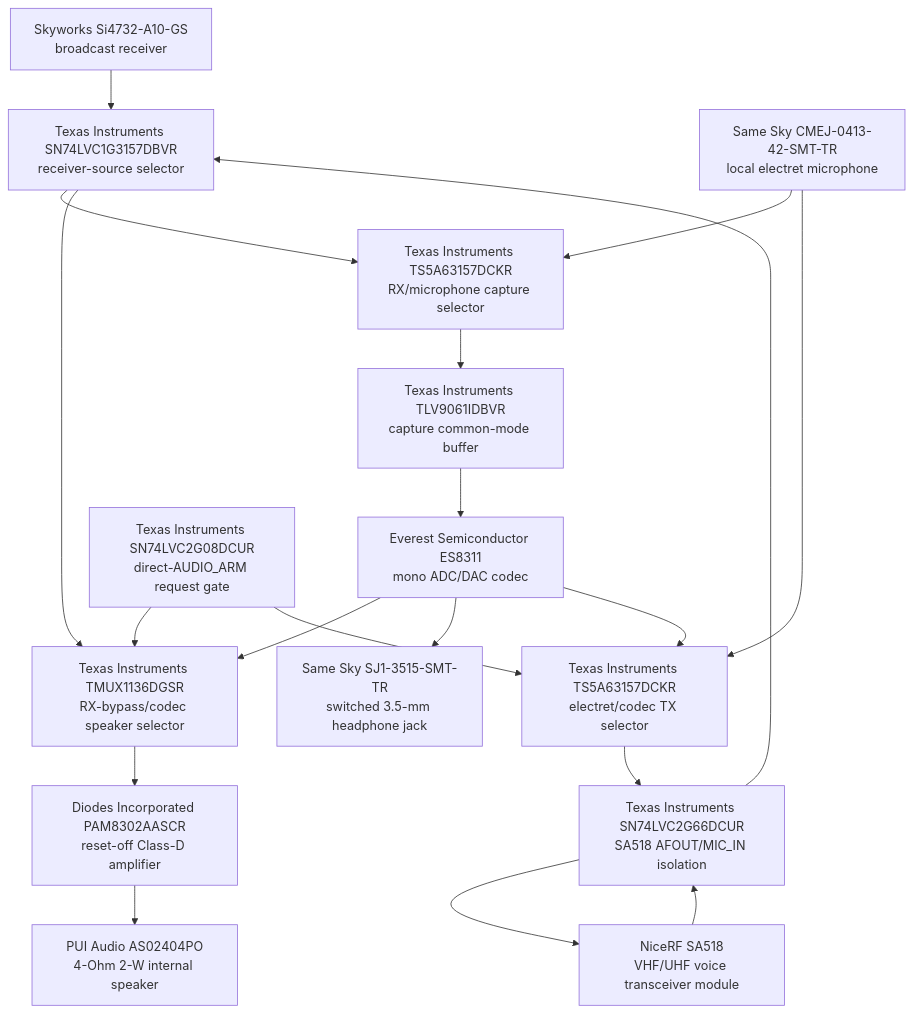
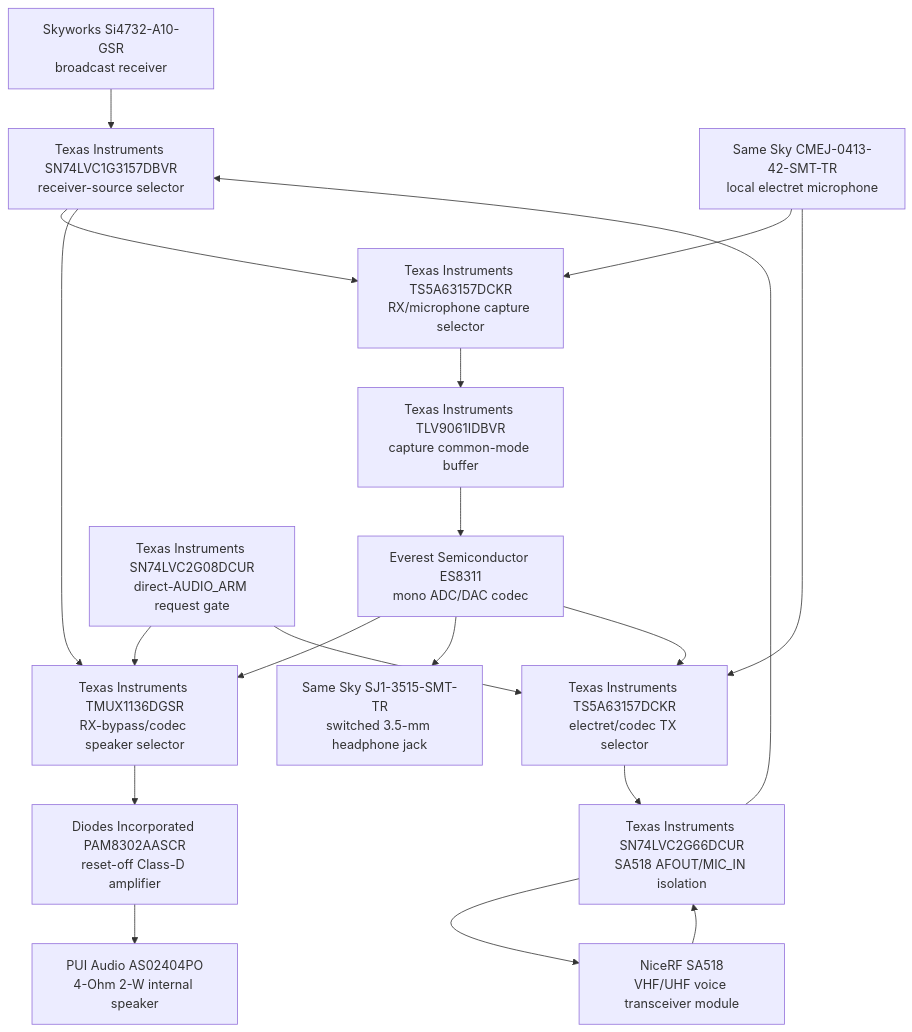
One commit to anton-vinogradov/esp32-leshy2 changed the diagram in docs/review/architecture/AUDIO-0003-exact-audio-and-receiver-endpoint.md. Above: the diagram before and after it, drawn with Mermaid. The commit also changed 36 other files, not shown here.

````diff
--- a/docs/review/architecture/AUDIO-0003-exact-audio-and-receiver-endpoint.md
+++ b/docs/review/architecture/AUDIO-0003-exact-audio-and-receiver-endpoint.md
@@ -19,29 +19,29 @@
 ```mermaid
 flowchart TD
-  RX["Skyworks Si4732-A10-GS<br/>broadcast receiver"]
+  RX["Skyworks Si4732-A10-GSR<br/>broadcast receiver"]
   RXMUX["Texas Instruments SN74LVC1G3157DBVR<br/>receiver-source selector"]
   CAPSEL["Texas Instruments TS5A63157DCKR<br/>RX/microphone capture selector"]
   MIC["Same Sky CMEJ-0413-42-SMT-TR<br/>local electret microphone"]
   BUF["Texas Instruments TLV9061IDBVR<br/>capture common-mode buffer"]
   CODEC["Everest Semiconductor ES8311<br/>mono ADC/DAC codec"]
   SPKSEL["Texas Instruments TMUX1136DGSR<br/>RX-bypass/codec speaker selector"]
   AMP["Diodes Incorporated PAM8302AASCR<br/>reset-off Class-D amplifier"]
   SPK["PUI Audio AS02404PO<br/>4-Ohm 2-W internal speaker"]
   JACK["Same Sky SJ1-3515-SMT-TR<br/>switched 3.5-mm headphone jack"]
   TXSEL["Texas Instruments TS5A63157DCKR<br/>electret/codec TX selector"]
   ARM["Texas Instruments SN74LVC2G08DCUR<br/>direct-AUDIO_ARM request gate"]
   VISO["Texas Instruments SN74LVC2G66DCUR<br/>SA518 AFOUT/MIC_IN isolation"]
   VOICE["NiceRF SA518<br/>VHF/UHF voice transceiver module"]
 
   RX --> RXMUX
   VOICE --> VISO --> RXMUX
   RXMUX --> CAPSEL
   MIC --> CAPSEL --> BUF --> CODEC
   RXMUX --> SPKSEL
   CODEC --> SPKSEL --> AMP --> SPK
   CODEC --> JACK
   MIC --> TXSEL
   CODEC --> TXSEL --> VISO --> VOICE
   ARM --> SPKSEL
   ARM --> TXSEL
 ```
````
